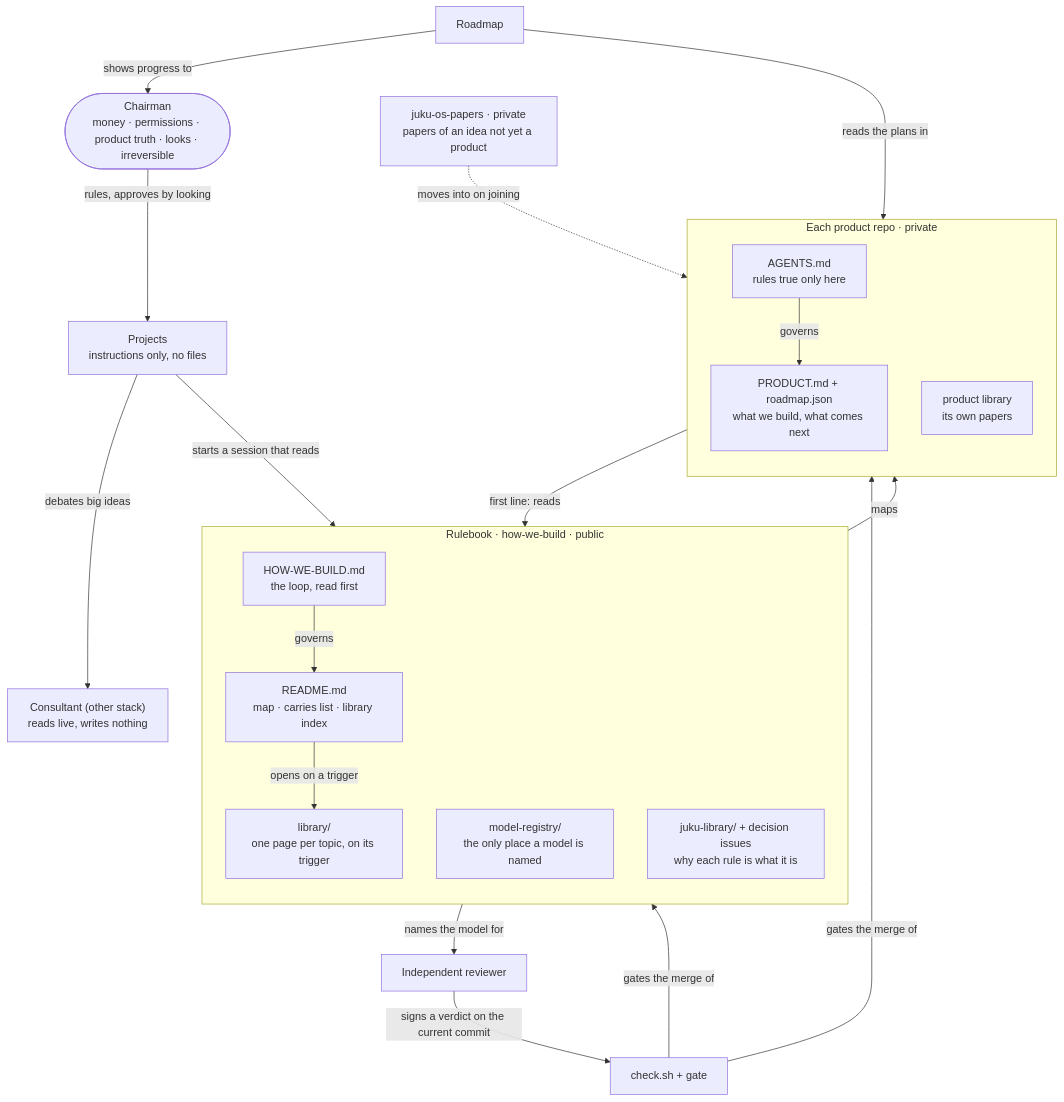
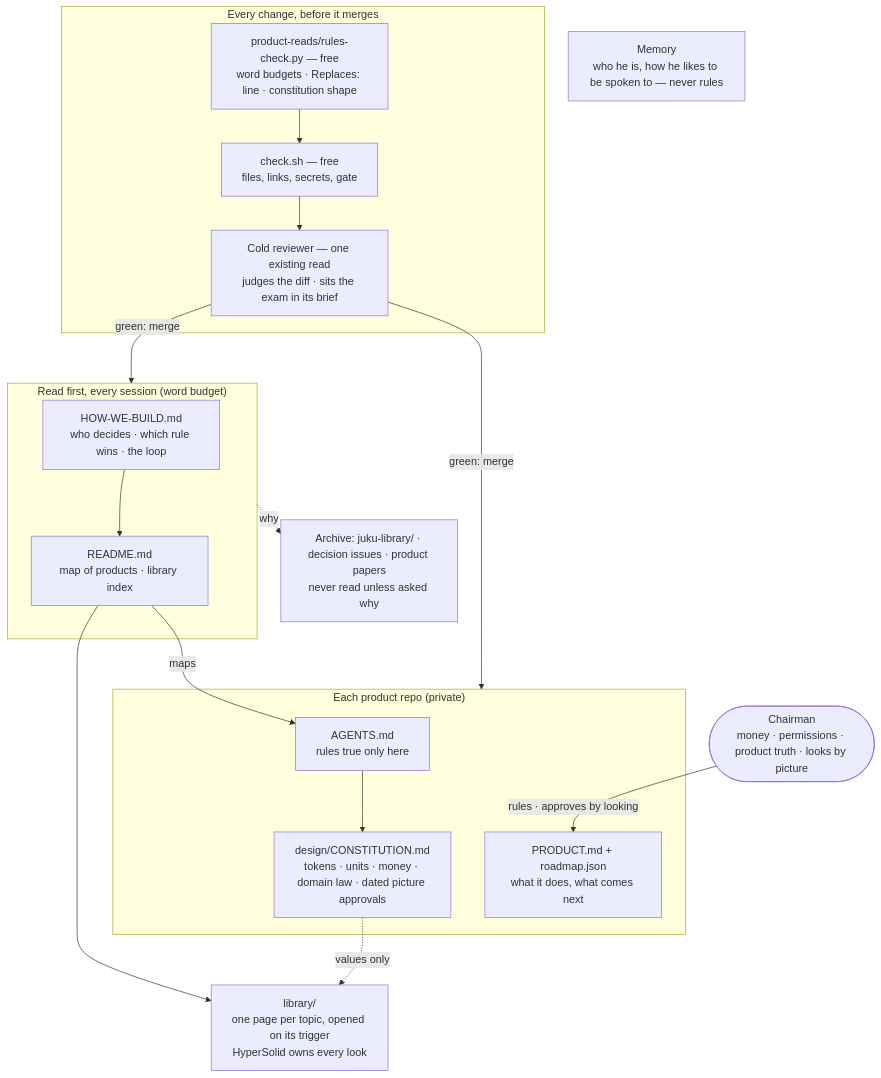
One commit to Adonis80/how-we-build changed the diagram in library/system-map.md. Above: the diagram before and after it, drawn with Mermaid. The commit also changed other lines of this file and 33 other files, not shown here.

Commit message:
The rulebook audit's rest: carries, consultant, two stacks and Projects each on one page; trims; budgets (decision 0021, #251 b–e)

````diff
--- a/library/system-map.md
+++ b/library/system-map.md
@@ -7,39 +7,30 @@
 ```mermaid
 flowchart TB
-  CH(["Chairman<br/>money · permissions · product truth · looks · irreversible"])
-  PJ["Projects<br/>instructions only, no files"]
-  CO["Consultant (other stack)<br/>reads live, writes nothing"]
-  subgraph RB["Rulebook · how-we-build · public"]
-    direction TB
-    HWB["HOW-WE-BUILD.md<br/>the loop, read first"]
-    RD["README.md<br/>map · carries list · library index"]
-    LIB["library/<br/>one page per topic, on its trigger"]
-    REG["model-registry/<br/>the only place a model is named"]
-    JL["juku-library/ + decision issues<br/>why each rule is what it is"]
+  CH(["Chairman<br/>money · permissions · product truth · looks by picture"])
+  subgraph READ["Read first, every session (word budget)"]
+    HWB["HOW-WE-BUILD.md<br/>who decides · which rule wins · the loop"]
+    RD["README.md<br/>map of products · library index"]
   end
-  subgraph PR["Each product repo · private"]
-    direction TB
+  LIB["library/<br/>one page per topic, opened on its trigger<br/>HyperSolid owns every look"]
+  subgraph PROD["Each product repo (private)"]
     AG["AGENTS.md<br/>rules true only here"]
-    PD["PRODUCT.md + roadmap.json<br/>what we build, what comes next"]
-    PL["product library<br/>its own papers"]
+    CON["design/CONSTITUTION.md<br/>tokens · units · money · domain law · dated picture approvals"]
+    PD["PRODUCT.md + roadmap.json<br/>what it does, what comes next"]
   end
-  PP["juku-os-papers · private<br/>papers of an idea not yet a product"]
-  RV["Independent reviewer"]
-  GT["check.sh + gate"]
-  BD["Roadmap"]
-  CH -- "rules, approves by looking" --> PJ
-  PJ -- "debates big ideas" --> CO
-  PJ -- "starts a session that reads" --> HWB
-  HWB -- "governs" --> RD
-  RD -- "opens on a trigger" --> LIB
+  ARC["Archive: juku-library/ · decision issues · product papers<br/>never read unless asked why"]
+  MEM["Memory<br/>who he is, how he likes to be spoken to — never rules"]
+  subgraph CHECKS["Every change, before it merges"]
+    RC["product-reads/rules-check.py — free<br/>word budgets · Replaces: line · constitution shape"]
+    CK["check.sh — free<br/>files, links, secrets, gate"]
+    RV["Cold reviewer — one existing read<br/>judges the diff · sits the exam in its brief"]
+  end
+  CH -- "rules · approves by looking" --> PD
+  HWB --> RD --> LIB
   RD -- "maps" --> AG
-  AG -- "first line: reads" --> HWB
-  AG -- "governs" --> PD
-  REG -- "names the model for" --> RV
-  RV -- "signs a verdict on the current commit" --> GT
-  GT -- "gates the merge of" --> PD
-  GT -- "gates the merge of" --> RB
-  BD -- "reads the plans in" --> PD
-  BD -- "shows progress to" --> CH
-  PP -. "moves into on joining" .-> PL
+  AG --> CON
+  CON -. "values only" .-> LIB
+  RC --> CK --> RV
+  RV -- "green: merge" --> READ
+  RV -- "green: merge" --> PROD
+  READ -. "why" .-> ARC
 ```
````
